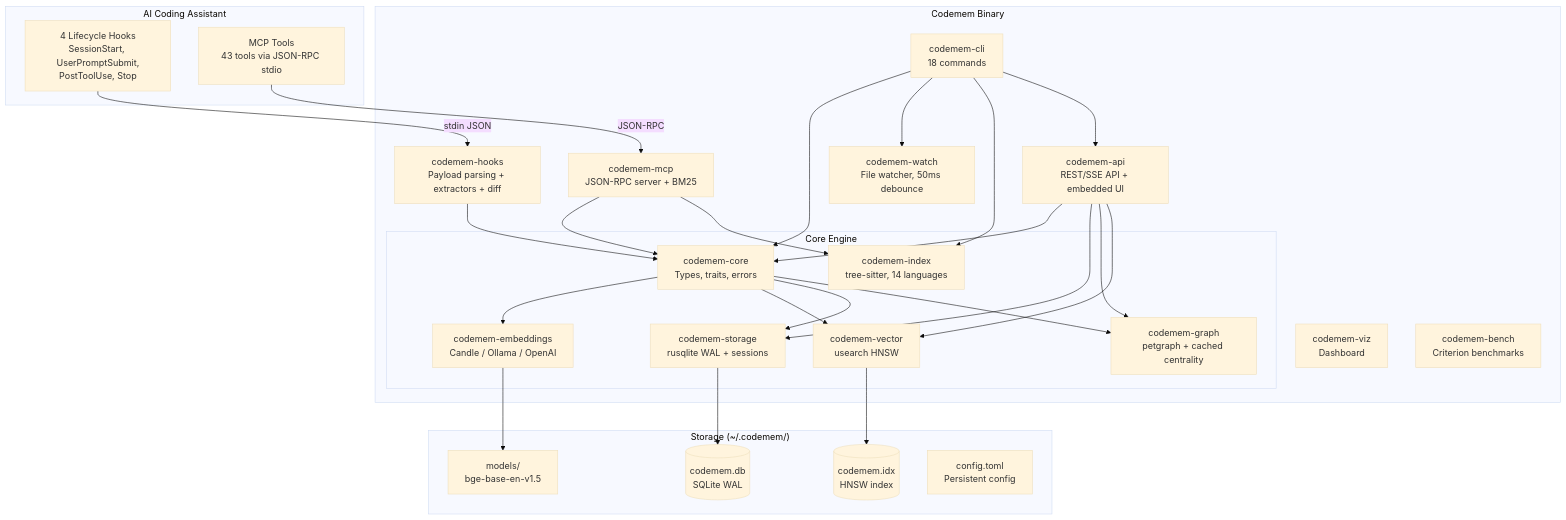
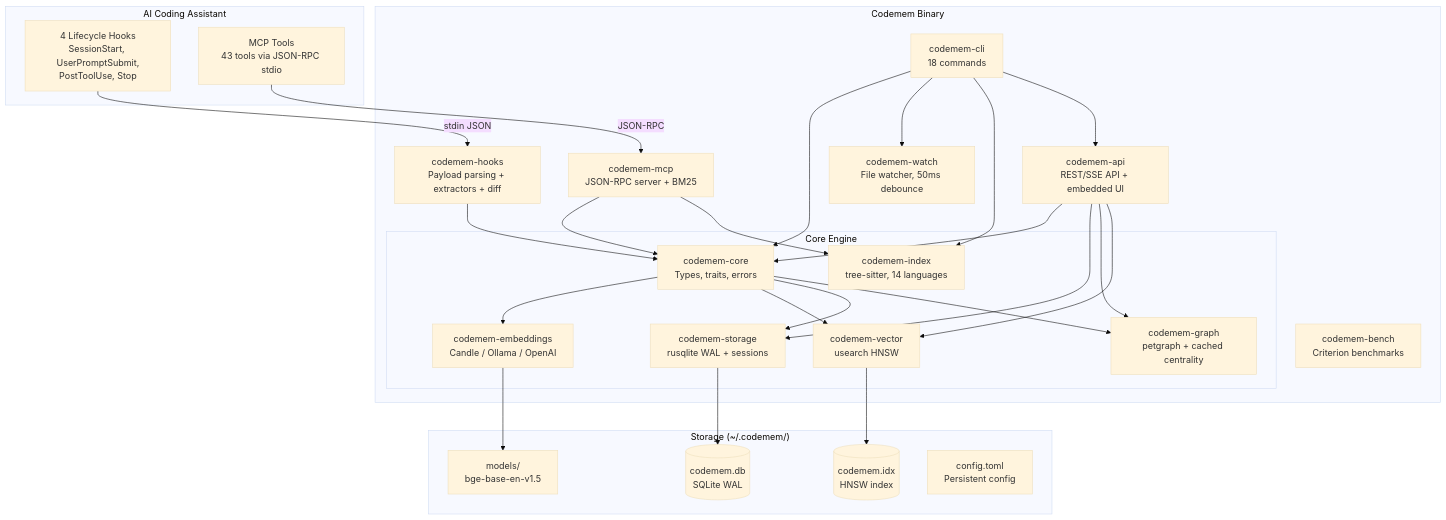
One commit to cogniplex/codemem changed the first of 10 diagrams in docs/architecture.md. Above: the diagram before and after it, drawn with Mermaid (base theme). The commit also changed other lines of this file and 11 other files, not shown here.

First line of the commit message:
chore: remove codemem-viz crate (superseded by codemem-api + React UI)

````diff
--- a/docs/architecture.md
+++ b/docs/architecture.md
@@ -19,55 +19,54 @@
 ```mermaid
 graph TB
     subgraph "AI Coding Assistant"
         H[4 Lifecycle Hooks<br/>SessionStart, UserPromptSubmit,<br/>PostToolUse, Stop]
         M[MCP Tools<br/>43 tools via JSON-RPC stdio]
     end
 
     subgraph "Codemem Binary"
         CLI[codemem-cli<br/>18 commands]
         HOOKS[codemem-hooks<br/>Payload parsing + extractors + diff]
         MCP[codemem-mcp<br/>JSON-RPC server + BM25]
         WATCH[codemem-watch<br/>File watcher, 50ms debounce]
 
         subgraph "Core Engine"
             CORE[codemem-core<br/>Types, traits, errors]
             EMB[codemem-embeddings<br/>Candle / Ollama / OpenAI]
             VEC[codemem-vector<br/>usearch HNSW]
             STORE[codemem-storage<br/>rusqlite WAL + sessions]
             GRAPH[codemem-graph<br/>petgraph + cached centrality]
             IDX[codemem-index<br/>tree-sitter, 14 languages]
         end
 
         API[codemem-api<br/>REST/SSE API + embedded UI]
-        VIZ[codemem-viz<br/>Dashboard]
         BENCH[codemem-bench<br/>Criterion benchmarks]
     end
 
     subgraph "Storage (~/.codemem/)"
         DB[(codemem.db<br/>SQLite WAL)]
         HNSW[(codemem.idx<br/>HNSW index)]
         MODEL[models/<br/>bge-base-en-v1.5]
         CONF[config.toml<br/>Persistent config]
     end
 
     H -->|stdin JSON| HOOKS
     M -->|JSON-RPC| MCP
     HOOKS --> CORE
     MCP --> CORE
     CLI --> CORE
     CLI --> WATCH
     CORE --> EMB
     CORE --> VEC
     CORE --> STORE
     CORE --> GRAPH
     CLI --> IDX
     CLI --> API
     MCP --> IDX
     API --> CORE
     API --> STORE
     API --> GRAPH
     API --> VEC
     STORE --> DB
     VEC --> HNSW
     EMB --> MODEL
 ```
````
